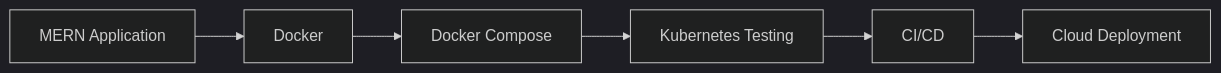
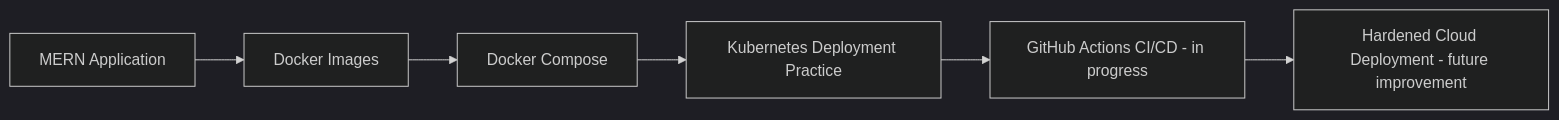
The fourth of 4 diagrams in README.md (onkarghugare08/trendify-ecommerce), drawn with Mermaid (dark theme) before and after one commit. The commit also changed other lines of this file, not shown here.

````diff
--- a/README.md
+++ b/README.md
@@ -529,15 +299,8 @@
 ```mermaid
 flowchart LR
-    A["MERN Application"]
-    B["Docker"]
-    C["Docker Compose"]
-    D["Kubernetes Testing"]
-    E["CI/CD"]
-    F["Cloud Deployment"]
-
-    A --> B
-    B --> C
-    C --> D
-    D --> E
-    E --> F
+    A[MERN Application] --> B[Docker Images]
+    B --> C[Docker Compose]
+    C --> D[Kubernetes Deployment Practice]
+    D --> E[GitHub Actions CI/CD - in progress]
+    E --> F[Hardened Cloud Deployment - future improvement]
 ```
````
